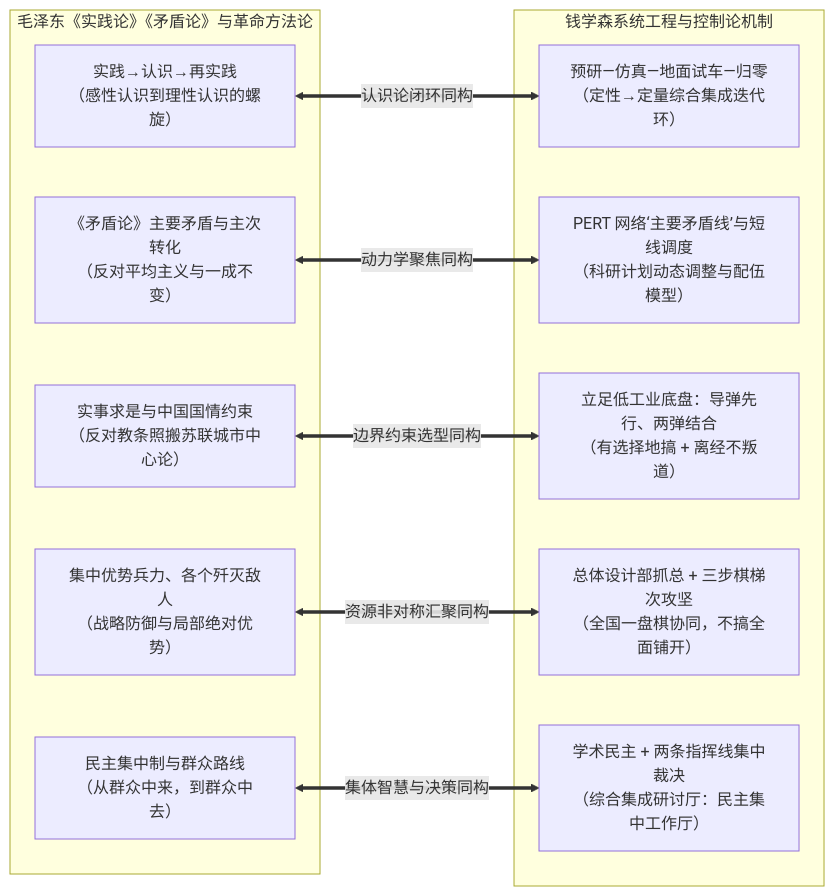
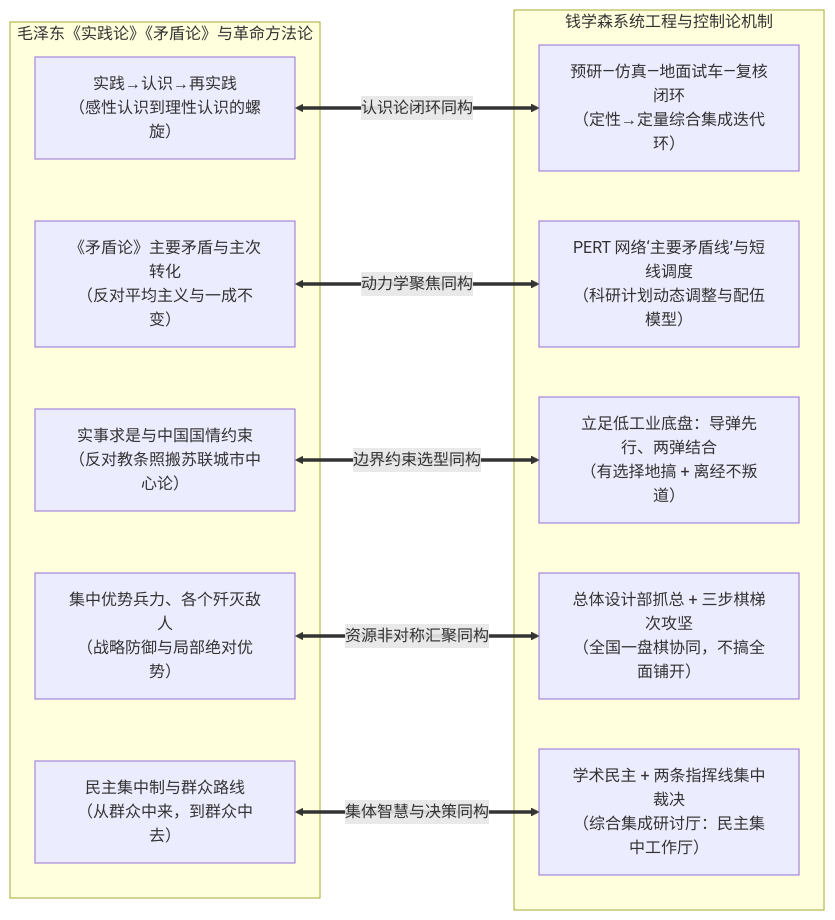
The diagram in 01_哲学原理_实践论矛盾论与系统辩证法/02_毛泽东实践论矛盾论与钱学森系统工程的异曲同工.md (wole278/Research-on-Systems-Engineering-by-Qian-Xuesen), drawn with Mermaid before and after one commit. The commit also changed other lines of this file and 15 other files, not shown here.

````diff
--- a/01_哲学原理_实践论矛盾论与系统辩证法/02_毛泽东实践论矛盾论与钱学森系统工程的异曲同工.md
+++ b/01_哲学原理_实践论矛盾论与系统辩证法/02_毛泽东实践论矛盾论与钱学森系统工程的异曲同工.md
@@ -27,24 +27,24 @@
 ```mermaid
 flowchart LR
     subgraph Mao["毛泽东《实践论》《矛盾论》与革命方法论"]
         M1["实践→认识→再实践<br>（感性认识到理性认识的螺旋）"]
         M2["《矛盾论》主要矛盾与主次转化<br>（反对平均主义与一成不变）"]
         M3["实事求是与中国国情约束<br>（反对教条照搬苏联城市中心论）"]
         M4["集中优势兵力、各个歼灭敌人<br>（战略防御与局部绝对优势）"]
         M5["民主集中制与群众路线<br>（从群众中来，到群众中去）"]
     end
 
     subgraph Qian["钱学森系统工程与控制论机制"]
-        Q1["预研—仿真—地面试车—归零<br>（定性→定量综合集成迭代环）"]
+        Q1["预研—仿真—地面试车—复核闭环<br>（定性→定量综合集成迭代环）"]
         Q2["PERT 网络‘主要矛盾线’与短线调度<br>（科研计划动态调整与配伍模型）"]
         Q3["立足低工业底盘：导弹先行、两弹结合<br>（有选择地搞 + 离经不叛道）"]
         Q4["总体设计部抓总 + 三步棋梯次攻坚<br>（全国一盘棋协同，不搞全面铺开）"]
         Q5["学术民主 + 两条指挥线集中裁决<br>（综合集成研讨厅：民主集中工作厅）"]
     end
 
     M1 <== "认识论闭环同构" ==> Q1
     M2 <== "动力学聚焦同构" ==> Q2
     M3 <== "边界约束选型同构" ==> Q3
     M4 <== "资源非对称汇聚同构" ==> Q4
     M5 <== "集体智慧与决策同构" ==> Q5
 ```
````
